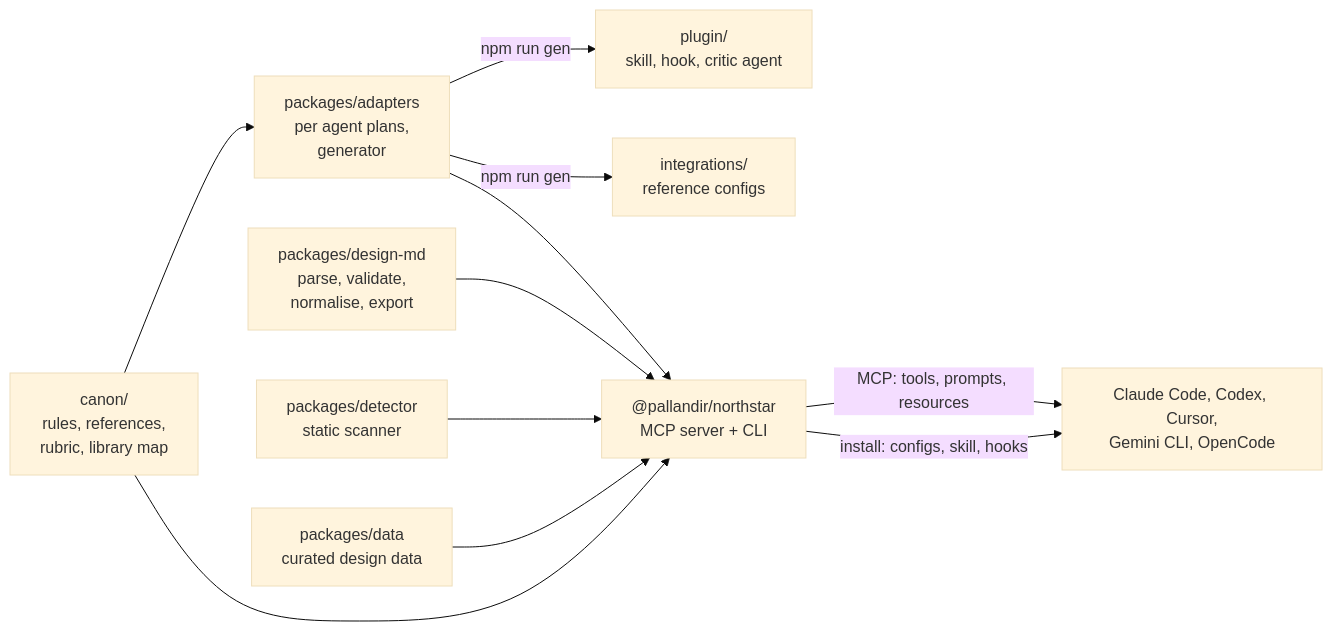
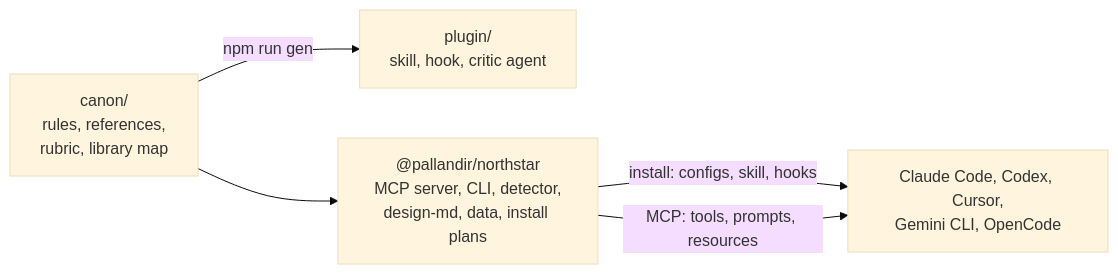
Before and after one commit to pallandir/northstar: the third of 3 diagrams in docs/architecture.md, drawn with Mermaid (base theme). The commit also changed other lines of this file and 297 other files, not shown here.

Commit message:
refactor(root): drop integrations, fold packages into mcp and fix delivery bugs

````diff
--- a/docs/architecture.md
+++ b/docs/architecture.md
@@ -175,23 +175,12 @@
 ```mermaid
 flowchart LR
     Canon["canon/<br/>rules, references,<br/>rubric, library map"]
-    Data["packages/data<br/>curated design data"]
-    Detector["packages/detector<br/>static scanner"]
-    DesignMd["packages/design-md<br/>parse, validate,<br/>normalise, export"]
-    Adapters["packages/adapters<br/>per agent plans,<br/>generator"]
     Plugin["plugin/<br/>skill, hook, critic agent"]
-    Integrations["integrations/<br/>reference configs"]
-    Pkg["@pallandir/northstar<br/>MCP server + CLI"]
+    Pkg["@pallandir/northstar<br/>MCP server, CLI, detector,<br/>design-md, data, install plans"]
     Agent["Claude Code, Codex, Cursor,<br/>Gemini CLI, OpenCode"]
 
-    Canon --> Adapters
-    Adapters -- "npm run gen" --> Plugin
-    Adapters -- "npm run gen" --> Integrations
+    Canon -- "npm run gen" --> Plugin
     Canon --> Pkg
-    Data --> Pkg
-    Detector --> Pkg
-    DesignMd --> Pkg
-    Adapters --> Pkg
     Pkg -- "install: configs, skill, hooks" --> Agent
     Pkg -- "MCP: tools, prompts, resources" --> Agent
 ```
````
